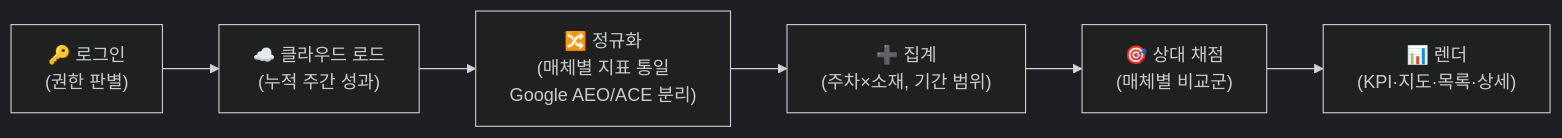
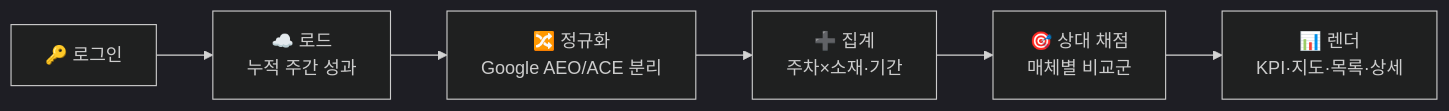
Before and after one commit to hansy-daangn/CreativeReporter: the third of 4 diagrams in docs/PRESENTATION.md, drawn with Mermaid (dark theme). The commit also changed other lines of this file, not shown here.

````diff
--- a/docs/PRESENTATION.md
+++ b/docs/PRESENTATION.md
@@ -155,8 +191,4 @@
 ```mermaid
 flowchart LR
-    L["🔑 로그인<br/>(권한 판별)"] --> D["☁️ 클라우드 로드<br/>(누적 주간 성과)"]
-    D --> N["🔀 정규화<br/>(매체별 지표 통일<br/>Google AEO/ACE 분리)"]
-    N --> A["➕ 집계<br/>(주차×소재, 기간 범위)"]
-    A --> S["🎯 상대 채점<br/>(매체별 비교군)"]
-    S --> V["📊 렌더<br/>(KPI·지도·목록·상세)"]
+    L["🔑 로그인"] --> D["☁️ 로드<br/>누적 주간 성과"] --> N["🔀 정규화<br/>Google AEO/ACE 분리"] --> A["➕ 집계<br/>주차×소재·기간"] --> S["🎯 상대 채점<br/>매체별 비교군"] --> V["📊 렌더<br/>KPI·지도·목록·상세"]
 ```
````
